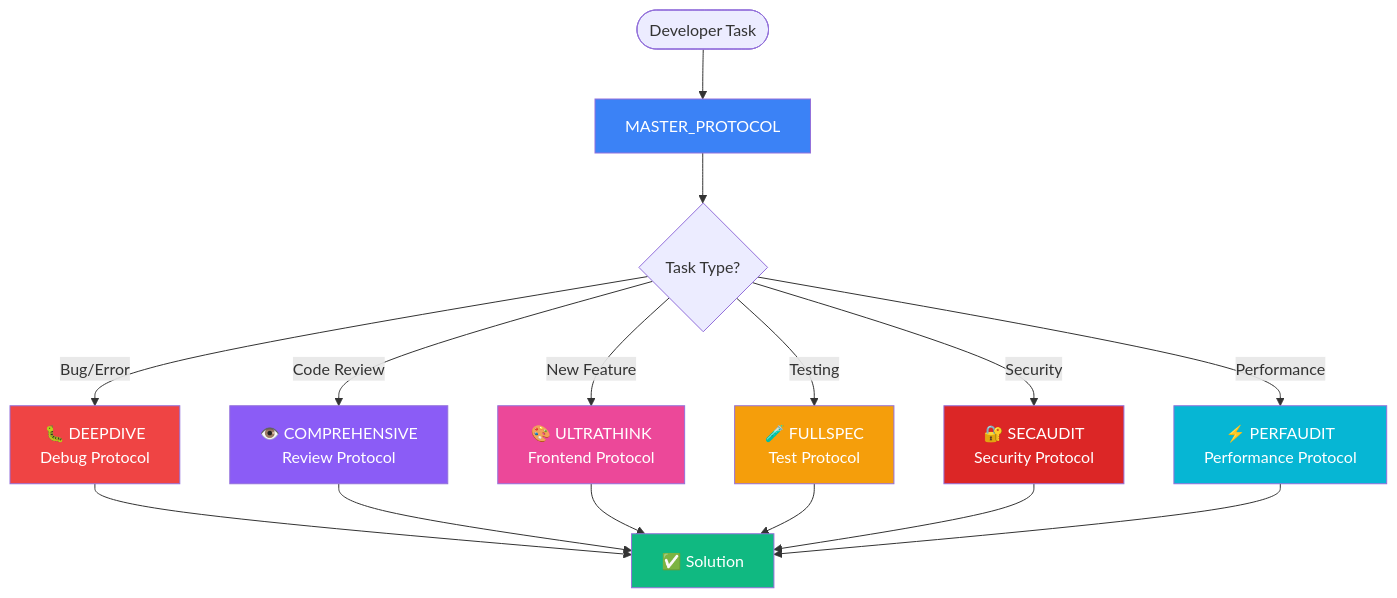
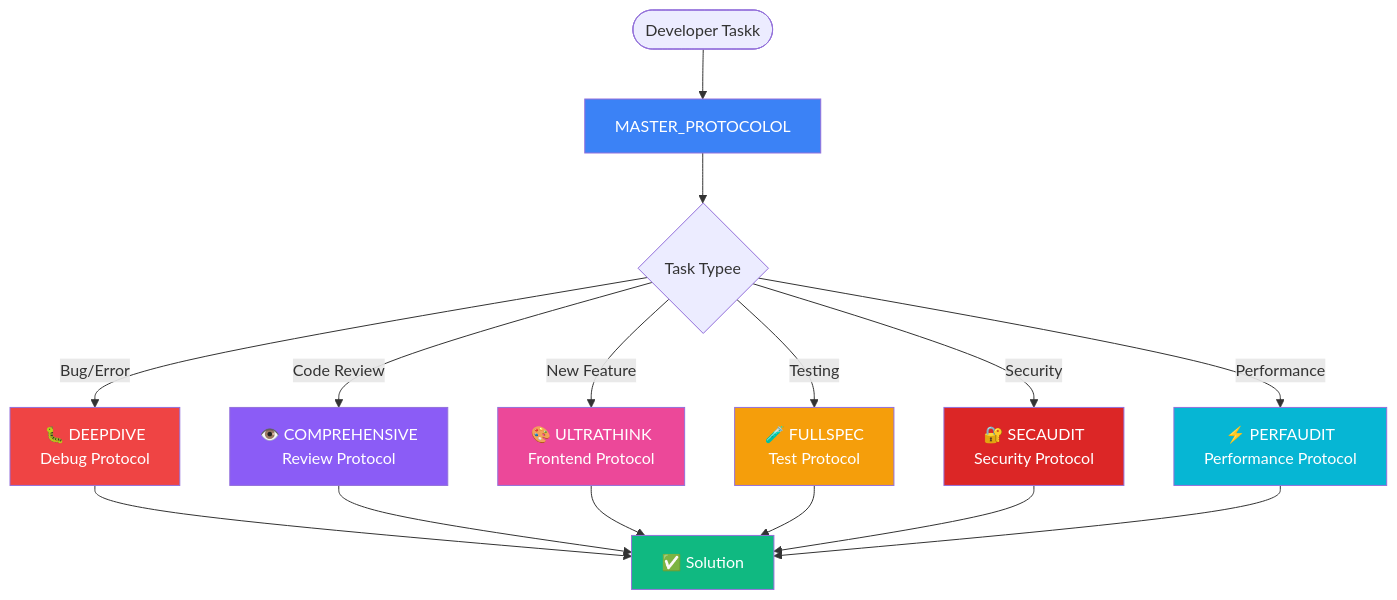
One commit to zeal422/ai-protocols-by-VectorMedia changed the diagram in README.md. Above: the diagram before and after it, drawn with Mermaid. The commit also changed other lines of this file, not shown here.

````diff
--- a/README.md
+++ b/README.md
@@ -4,28 +1,28 @@
 ```mermaid
 graph TB
-    Start([Developer Task]) --> Master[MASTER_PROTOCOL]
-    Master --> Decision{Task Type?}
+    Start([Developer Taskk]) --> Master[MASTER_PROTOCOLOL]
+    Master --> Decision{Task Typee}
     
     Decision -->|Bug/Error| Debug[🐛 DEEPDIVE<br/>Debug Protocol]
     Decision -->|Code Review| Review[👁️ COMPREHENSIVE<br/>Review Protocol]
     Decision -->|New Feature| Design[🎨 ULTRATHINK<br/>Frontend Protocol]
     Decision -->|Testing| Test[🧪 FULLSPEC<br/>Test Protocol]
     Decision -->|Security| Sec[🔐 SECAUDIT<br/>Security Protocol]
     Decision -->|Performance| Perf[⚡ PERFAUDIT<br/>Performance Protocol]
     
     Debug --> Result[✅ Solution]
     Review --> Result
     Design --> Result
     Test --> Result
     Sec --> Result
     Perf --> Result
     
     style Master fill:#3b82f6,color:#fff
     style Result fill:#10b981,color:#fff
     style Debug fill:#ef4444,color:#fff
     style Review fill:#8b5cf6,color:#fff
     style Design fill:#ec4899,color:#fff
     style Test fill:#f59e0b,color:#fff
     style Sec fill:#dc2626,color:#fff
     style Perf fill:#06b6d4,color:#fff
 ```
````
